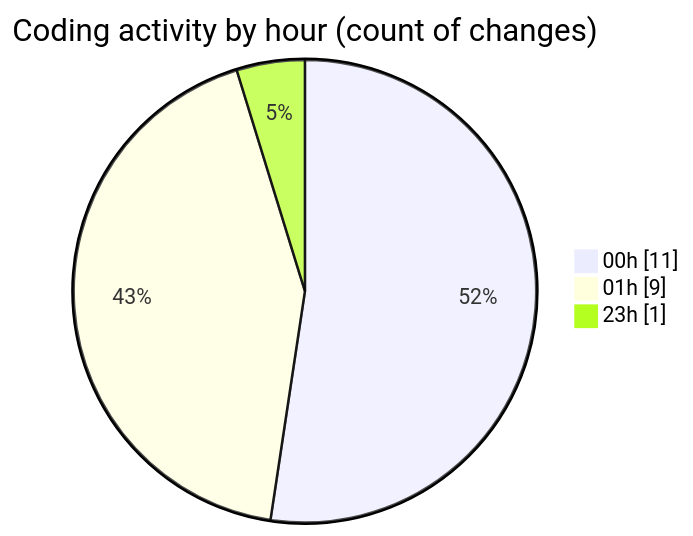
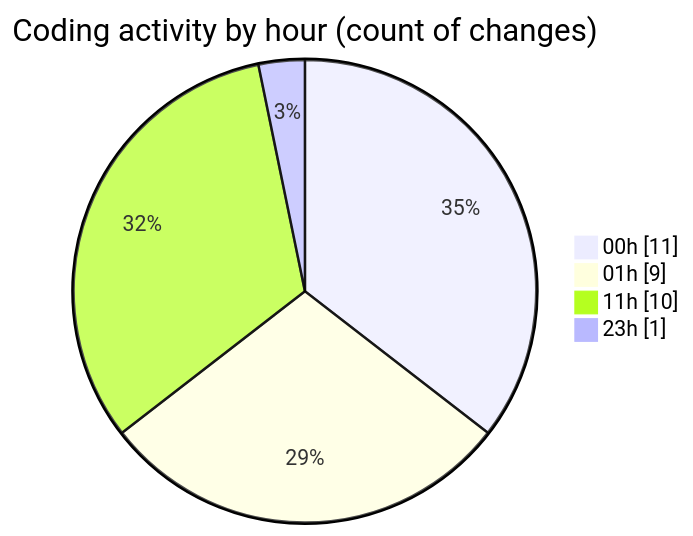
The second of 2 diagrams in 2025-07-18/nhahang/README.md (lephambinh05/code-tracking), drawn with Mermaid before and after one commit. The commit also changed other lines of this file and 1 other file, not shown here.

````diff
--- a/2025-07-18/nhahang/README.md
+++ b/2025-07-18/nhahang/README.md
@@ -42,7 +47,8 @@
 ```mermaid
 pie showData
 title Coding activity by hour (count of changes)
 "00h" : 11
 "01h" : 9
+"11h" : 10
 "23h" : 1
 ```
````
